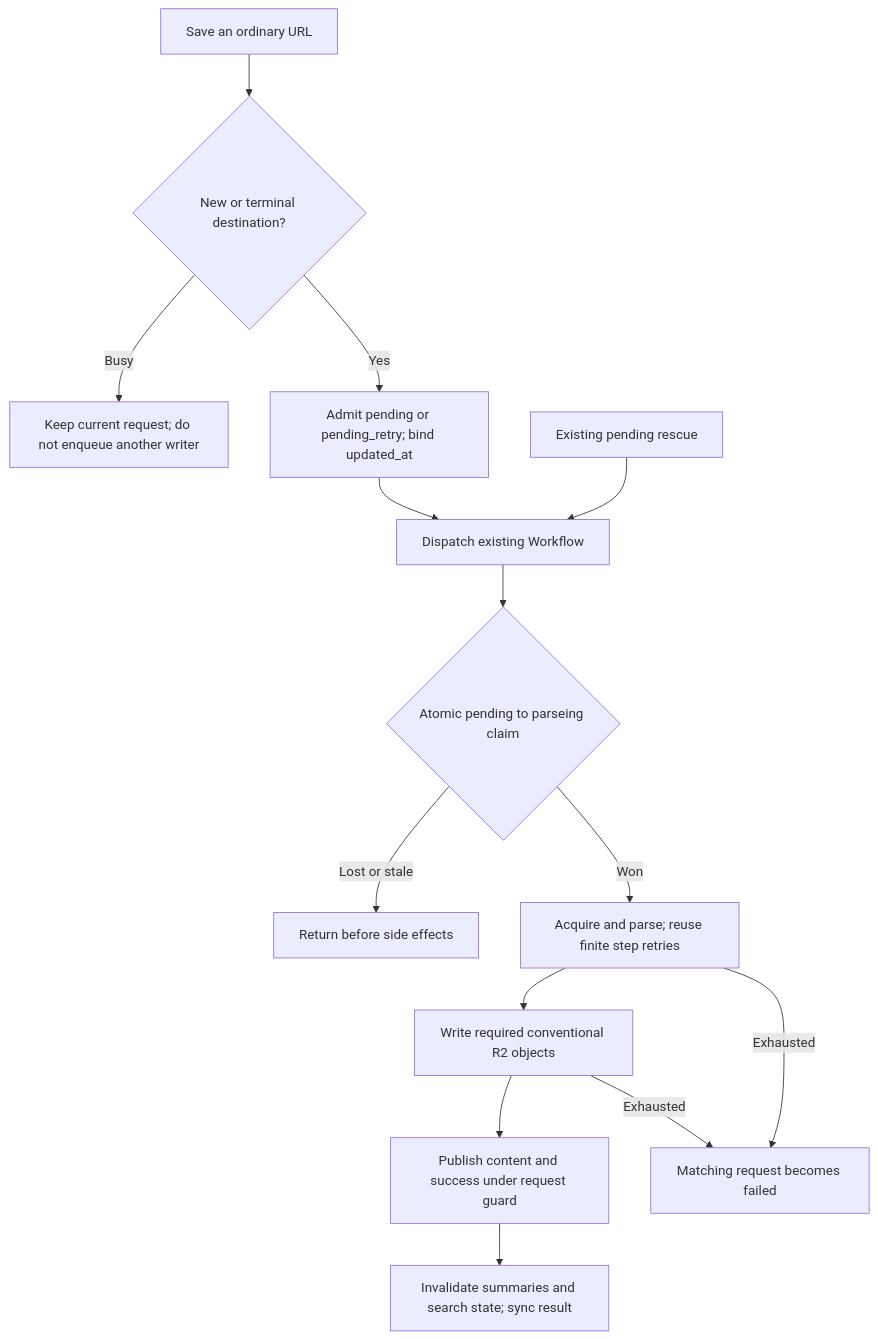
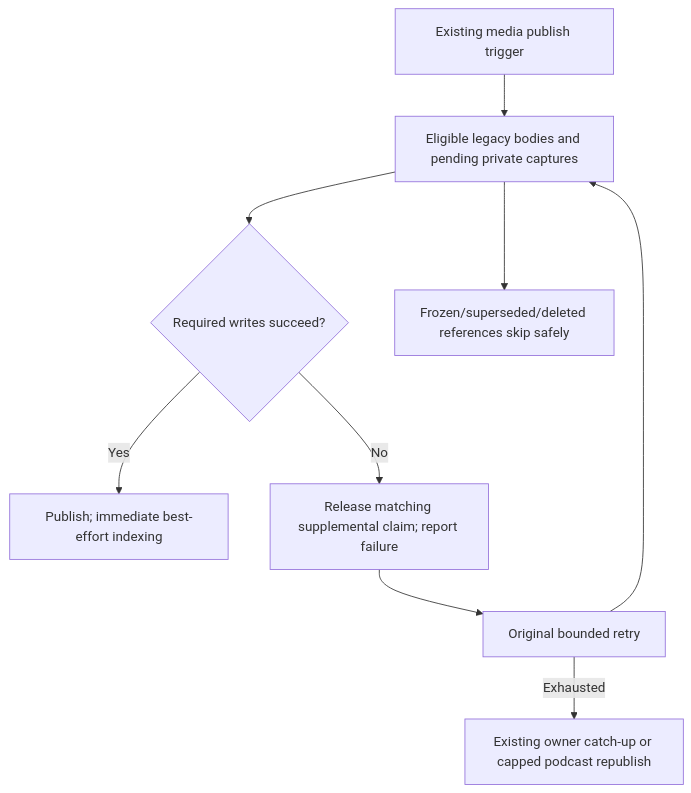
One commit to slax-lab/slax-reader changed the third of 4 diagrams in docs/api/bookmark-fork-fixed-paths.md. Above: the diagram before and after it, drawn with Mermaid. The commit also changed other lines of this file and 59 other files, not shown here.

````diff
--- a/docs/api/bookmark-fork-fixed-paths.md
+++ b/docs/api/bookmark-fork-fixed-paths.md
@@ -219,16 +91,11 @@
 ```mermaid
 flowchart TD
-    A[Save an ordinary URL] --> B{New or terminal destination?}
-    B -- Busy --> C[Keep current request; do not enqueue another writer]
-    B -- Yes --> D[Admit pending or pending_retry; bind updated_at]
-    D --> E[Dispatch existing Workflow]
-    R[Existing pending rescue] --> E
-    E --> F{Atomic pending to parseing claim}
-    F -- Lost or stale --> G[Return before side effects]
-    F -- Won --> H[Acquire and parse; reuse finite step retries]
-    H --> I[Write required conventional R2 objects]
-    I --> J[Publish content and success under request guard]
-    H -- Exhausted --> K[Matching request becomes failed]
-    I -- Exhausted --> K
-    J --> L[Invalidate summaries and search state; sync result]
+    A[Existing media publish trigger] --> B[Eligible legacy bodies and pending private captures]
+    B --> C{Required writes succeed?}
+    C -- Yes --> D[Publish; immediate best-effort indexing]
+    C -- No --> E[Release matching supplemental claim; report failure]
+    E --> F[Original bounded retry]
+    F --> B
+    F -- Exhausted --> G[Existing owner catch-up or capped podcast republish]
+    B --> H[Frozen/superseded/deleted references skip safely]
 ```
````
